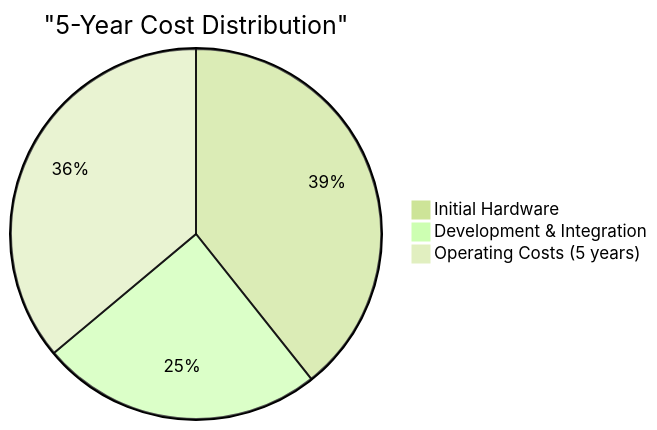
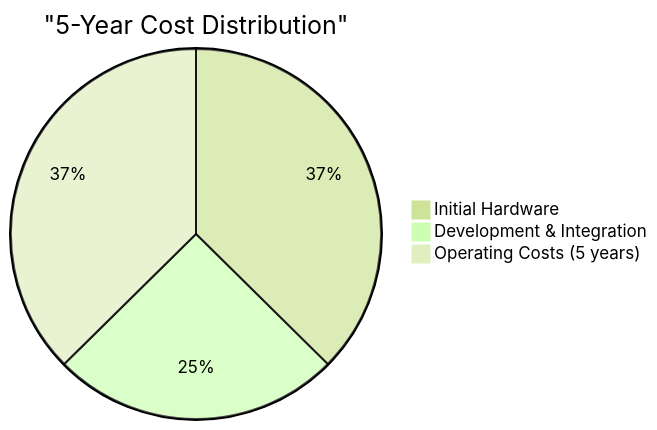
One commit to transnet-eduard-reitmann/locomotive-tracking-unit changed the ninth of 9 diagrams in docs/executive-summary.md. Above: the diagram before and after it, drawn with Mermaid (forest theme). The commit also changed other lines of this file and 20 other files, not shown here.

````diff
--- a/docs/executive-summary.md
+++ b/docs/executive-summary.md
@@ -253,6 +266,6 @@
 ```mermaid
 pie title "5-Year Cost Distribution"
-    "Initial Hardware" : 367.5
-    "Development & Integration" : 230
+    "Initial Hardware" : 337.5
+    "Development & Integration" : 227.5  
     "Operating Costs (5 years)" : 337.5
 ```
````
